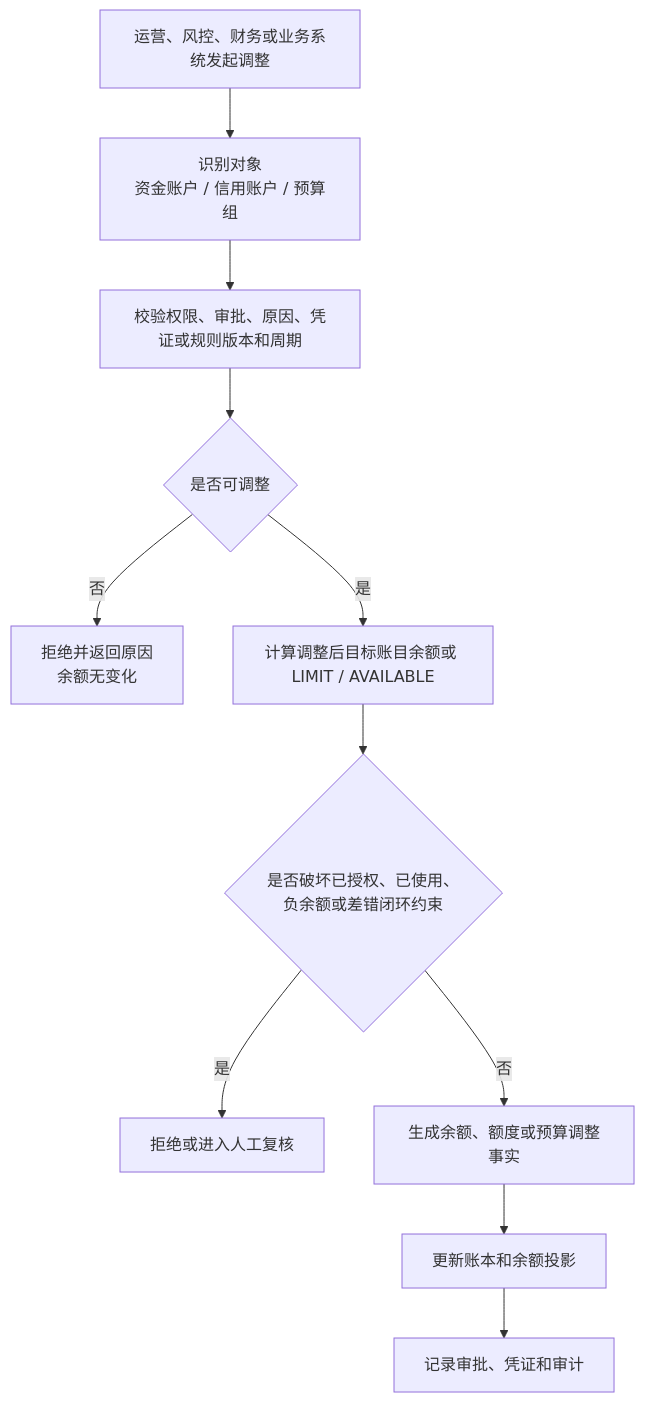
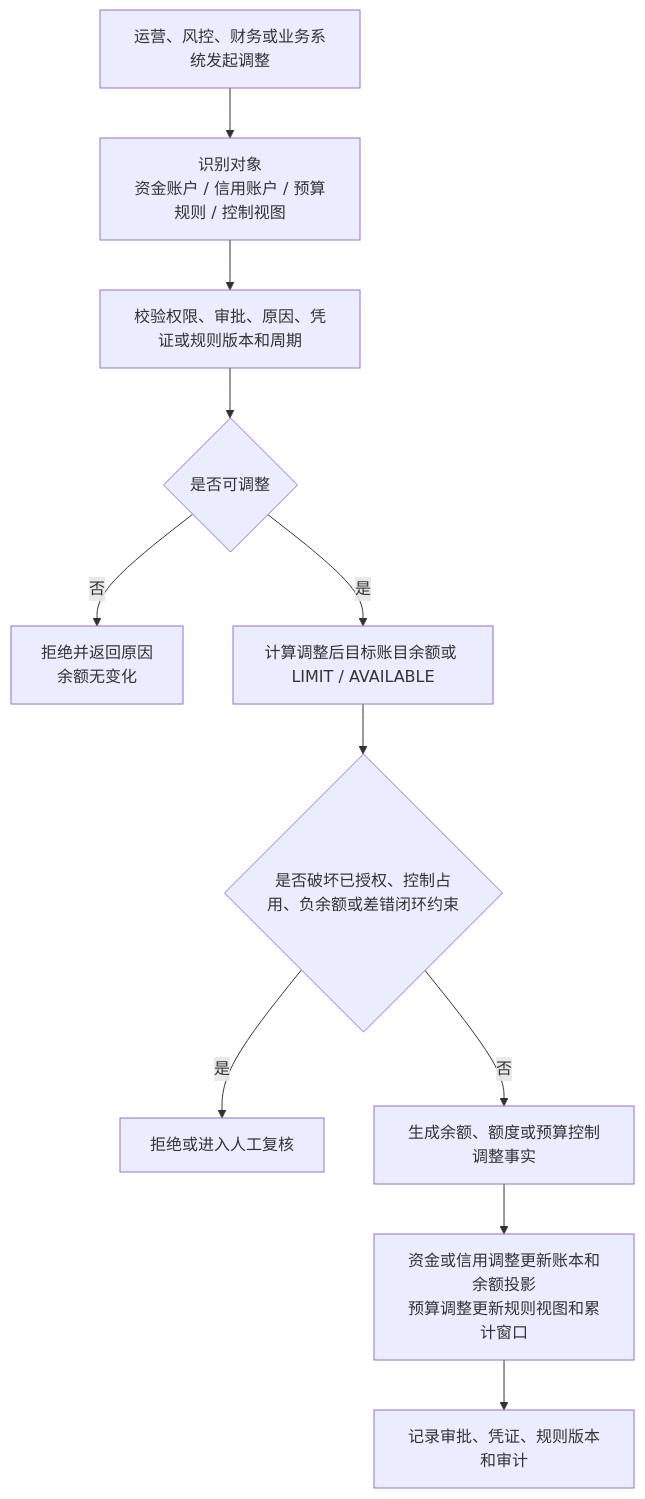
One commit to fengwuxp/wind-funds changed the seventh of 22 diagrams in docs/产品设计/02-交易路由钱包账目与投影.md. Above: the diagram before and after it, drawn with Mermaid. The commit also changed other lines of this file and 39 other files, not shown here.

````diff
--- a/docs/产品设计/02-交易路由钱包账目与投影.md
+++ b/docs/产品设计/02-交易路由钱包账目与投影.md
@@ -378,13 +379,13 @@
 ```mermaid
 flowchart TD
-    A["运营、风控、财务或业务系统发起调整"] --> B["识别对象\n资金账户 / 信用账户 / 预算组"]
+    A["运营、风控、财务或业务系统发起调整"] --> B["识别对象\n资金账户 / 信用账户 / 预算规则 / 控制视图"]
     B --> C["校验权限、审批、原因、凭证或规则版本和周期"]
     C --> D{"是否可调整"}
     D -- "否" --> E["拒绝并返回原因\n余额无变化"]
     D -- "是" --> F["计算调整后目标账目余额或 LIMIT / AVAILABLE"]
-    F --> G{"是否破坏已授权、已使用、负余额或差错闭环约束"}
+    F --> G{"是否破坏已授权、控制占用、负余额或差错闭环约束"}
     G -- "是" --> H["拒绝或进入人工复核"]
-    G -- "否" --> I["生成余额、额度或预算调整事实"]
-    I --> J["更新账本和余额投影"]
-    J --> K["记录审批、凭证和审计"]
+    G -- "否" --> I["生成余额、额度或预算控制调整事实"]
+    I --> J["资金或信用调整更新账本和余额投影\n预算调整更新规则视图和累计窗口"]
+    J --> K["记录审批、凭证、规则版本和审计"]
 ```
````
